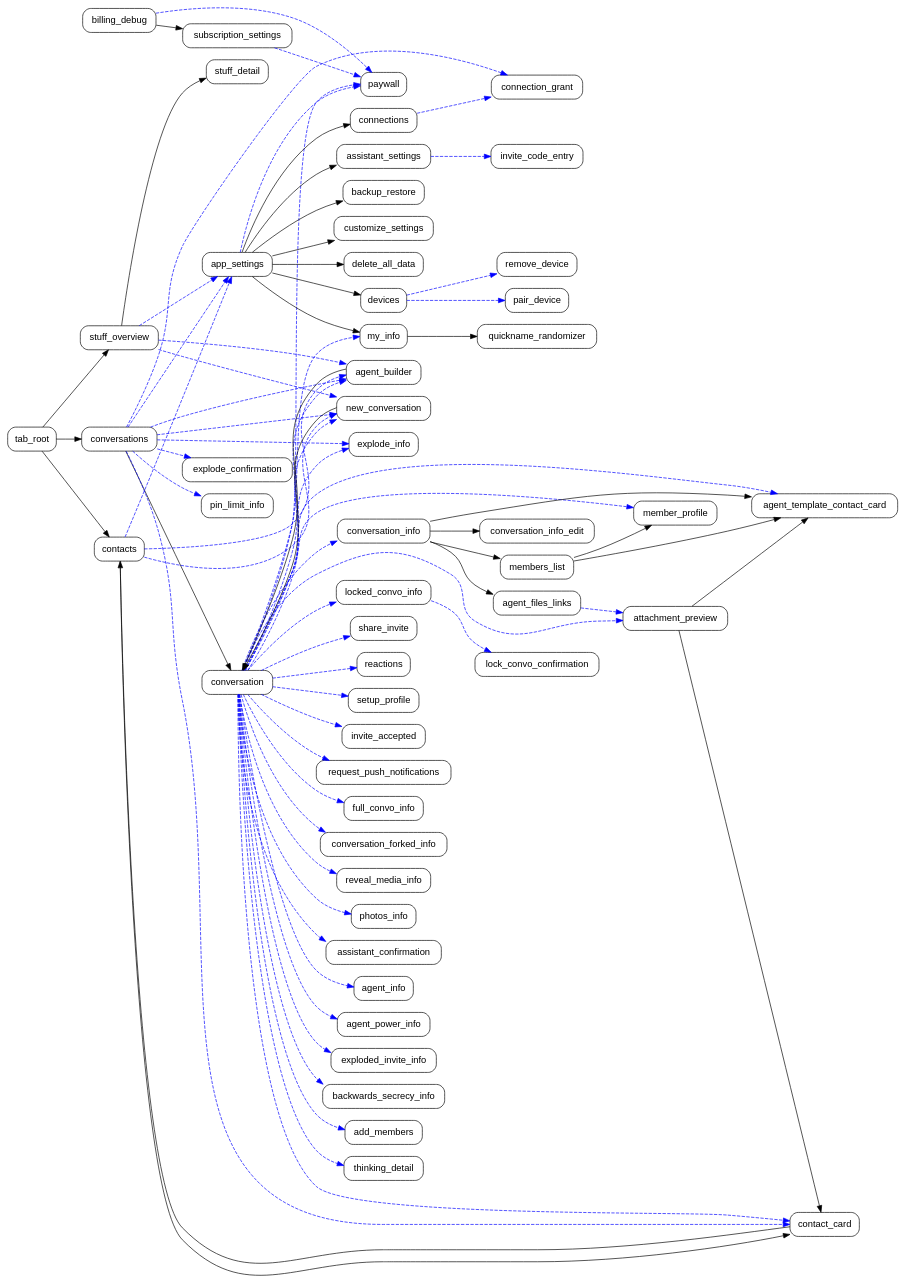
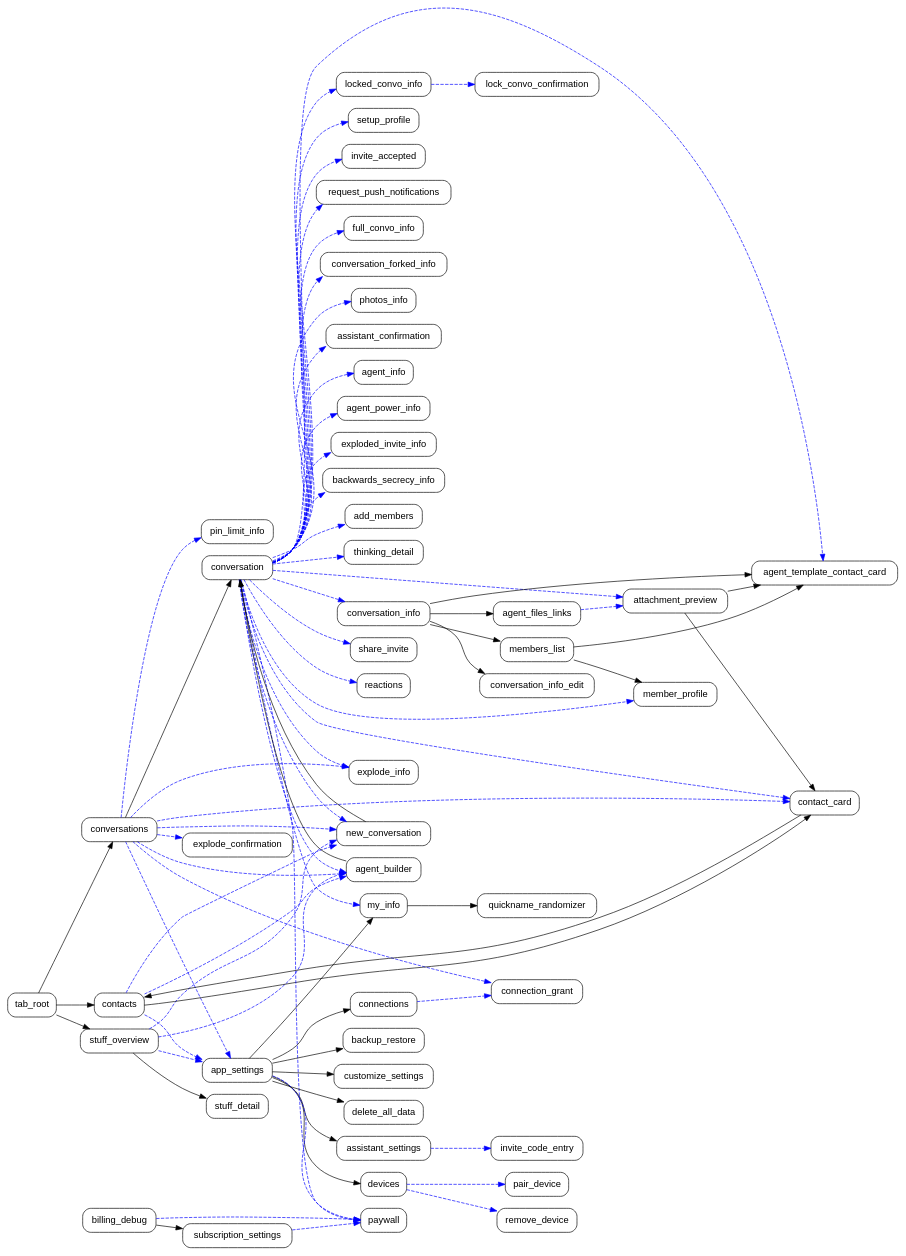
The diagram in navigators.dot (xmtplabs/convos-shared), drawn with Graphviz before and after one commit. The commit also changed 4 other files, not shown here.

First line of the commit message:
Remove RevealMediaInfo navigation target

```diff
--- a/navigators.dot
+++ b/navigators.dot
@@ -1,140 +1,138 @@
 digraph navigators {
     rankdir=LR;
     node [shape=rectangle, style=rounded, fontname="Helvetica"];
     edge [fontname="Helvetica", fontsize=10];
 
     { rank=same;
         "tab_root";
     }
     { rank=same;
         "conversations";
         "stuff_overview";
         "contacts";
     }
     "conversation";
     "stuff_detail";
     "app_settings";
     "new_conversation";
     "explode_confirmation";
     "connection_grant";
     "explode_info";
     "pin_limit_info";
     "contact_card";
     "agent_builder";
     "conversation_info";
     "member_profile";
     "share_invite";
     "reactions";
     "setup_profile";
     "invite_accepted";
     "request_push_notifications";
     "my_info";
     "customize_settings";
     "assistant_settings";
     "connections";
     "backup_restore";
     "delete_all_data";
     "devices";
     "locked_convo_info";
     "full_convo_info";
     "conversation_forked_info";
-    "reveal_media_info";
     "photos_info";
     "assistant_confirmation";
     "agent_info";
     "agent_power_info";
     "exploded_invite_info";
     "backwards_secrecy_info";
     "agent_template_contact_card";
     "add_members";
     "thinking_detail";
     "attachment_preview";
     "paywall";
     "conversation_info_edit";
     "members_list";
     "agent_files_links";
     "quickname_randomizer";
     "invite_code_entry";
     "pair_device";
     "remove_device";
     "lock_convo_confirmation";
     "subscription_settings";
     "billing_debug";
 
     "tab_root" -> "conversations" [color=black];
     "tab_root" -> "stuff_overview" [color=black];
     "tab_root" -> "contacts" [color=black];
     "conversations" -> "conversation" [color=black];
     "conversations" -> "app_settings" [color=blue, style=dashed];
     "conversations" -> "new_conversation" [color=blue, style=dashed];
     "conversations" -> "explode_confirmation" [color=blue, style=dashed];
     "conversations" -> "connection_grant" [color=blue, style=dashed];
     "conversations" -> "explode_info" [color=blue, style=dashed];
     "conversations" -> "pin_limit_info" [color=blue, style=dashed];
     "conversations" -> "contact_card" [color=blue, style=dashed];
     "conversations" -> "agent_builder" [color=blue, style=dashed];
     "conversation" -> "paywall" [color=blue, style=dashed];
     "conversation" -> "conversation_info" [color=blue, style=dashed];
     "conversation" -> "my_info" [color=blue, style=dashed];
     "conversation" -> "member_profile" [color=blue, style=dashed];
     "conversation" -> "share_invite" [color=blue, style=dashed];
     "conversation" -> "new_conversation" [color=blue, style=dashed];
     "conversation" -> "reactions" [color=blue, style=dashed];
     "conversation" -> "explode_info" [color=blue, style=dashed];
     "conversation" -> "locked_convo_info" [color=blue, style=dashed];
     "conversation" -> "full_convo_info" [color=blue, style=dashed];
     "conversation" -> "conversation_forked_info" [color=blue, style=dashed];
-    "conversation" -> "reveal_media_info" [color=blue, style=dashed];
     "conversation" -> "photos_info" [color=blue, style=dashed];
     "conversation" -> "assistant_confirmation" [color=blue, style=dashed];
     "conversation" -> "agent_info" [color=blue, style=dashed];
     "conversation" -> "agent_power_info" [color=blue, style=dashed];
     "conversation" -> "exploded_invite_info" [color=blue, style=dashed];
     "conversation" -> "setup_profile" [color=blue, style=dashed];
     "conversation" -> "invite_accepted" [color=blue, style=dashed];
     "conversation" -> "request_push_notifications" [color=blue, style=dashed];
     "conversation" -> "backwards_secrecy_info" [color=blue, style=dashed];
     "conversation" -> "add_members" [color=blue, style=dashed];
     "conversation" -> "contact_card" [color=blue, style=dashed];
     "conversation" -> "agent_template_contact_card" [color=blue, style=dashed];
     "conversation" -> "agent_builder" [color=blue, style=dashed];
     "conversation" -> "thinking_detail" [color=blue, style=dashed];
     "conversation" -> "attachment_preview" [color=blue, style=dashed];
     "stuff_overview" -> "stuff_detail" [color=black];
     "stuff_overview" -> "app_settings" [color=blue, style=dashed];
     "stuff_overview" -> "new_conversation" [color=blue, style=dashed];
     "stuff_overview" -> "agent_builder" [color=blue, style=dashed];
     "app_settings" -> "my_info" [color=black];
     "app_settings" -> "customize_settings" [color=black];
     "app_settings" -> "assistant_settings" [color=black];
     "app_settings" -> "connections" [color=black];
     "app_settings" -> "backup_restore" [color=black];
     "app_settings" -> "delete_all_data" [color=black];
     "app_settings" -> "devices" [color=black];
     "app_settings" -> "paywall" [color=blue, style=dashed];
     "new_conversation" -> "conversation" [color=black];
     "conversation_info" -> "conversation_info_edit" [color=black];
     "conversation_info" -> "members_list" [color=black];
     "conversation_info" -> "agent_files_links" [color=black];
     "conversation_info" -> "agent_template_contact_card" [color=black];
     "members_list" -> "member_profile" [color=black];
     "members_list" -> "agent_template_contact_card" [color=black];
     "agent_files_links" -> "attachment_preview" [color=blue, style=dashed];
     "my_info" -> "quickname_randomizer" [color=black];
     "assistant_settings" -> "invite_code_entry" [color=blue, style=dashed];
     "connections" -> "connection_grant" [color=blue, style=dashed];
     "devices" -> "pair_device" [color=blue, style=dashed];
     "devices" -> "remove_device" [color=blue, style=dashed];
     "locked_convo_info" -> "lock_convo_confirmation" [color=blue, style=dashed];
     "contacts" -> "contact_card" [color=black];
     "contacts" -> "new_conversation" [color=blue, style=dashed];
     "contacts" -> "app_settings" [color=blue, style=dashed];
     "contacts" -> "agent_builder" [color=blue, style=dashed];
     "contact_card" -> "contacts" [color=black];
     "agent_builder" -> "conversation" [color=black];
     "attachment_preview" -> "contact_card" [color=black];
     "attachment_preview" -> "agent_template_contact_card" [color=black];
     "subscription_settings" -> "paywall" [color=blue, style=dashed];
     "billing_debug" -> "paywall" [color=blue, style=dashed];
     "billing_debug" -> "subscription_settings" [color=black];
 }
```
